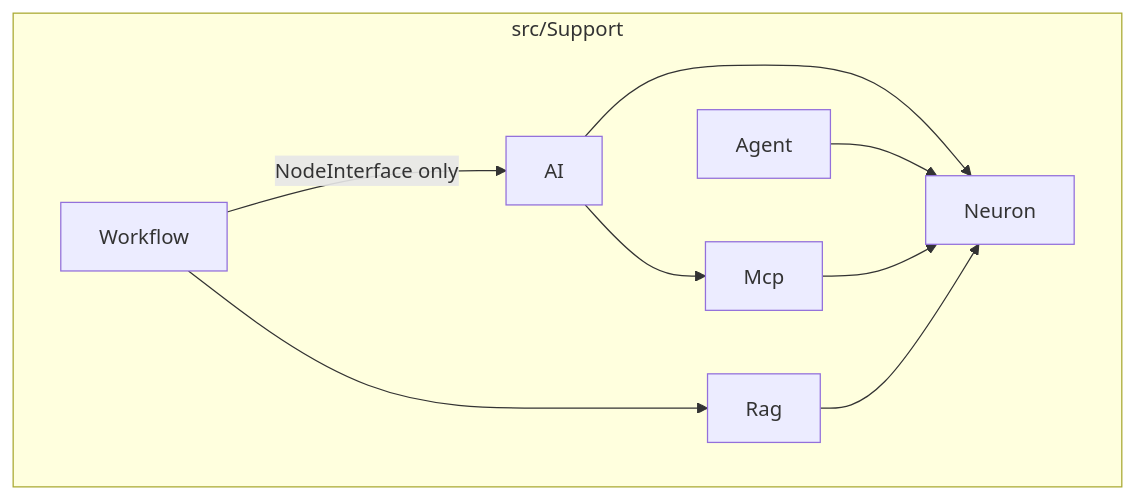
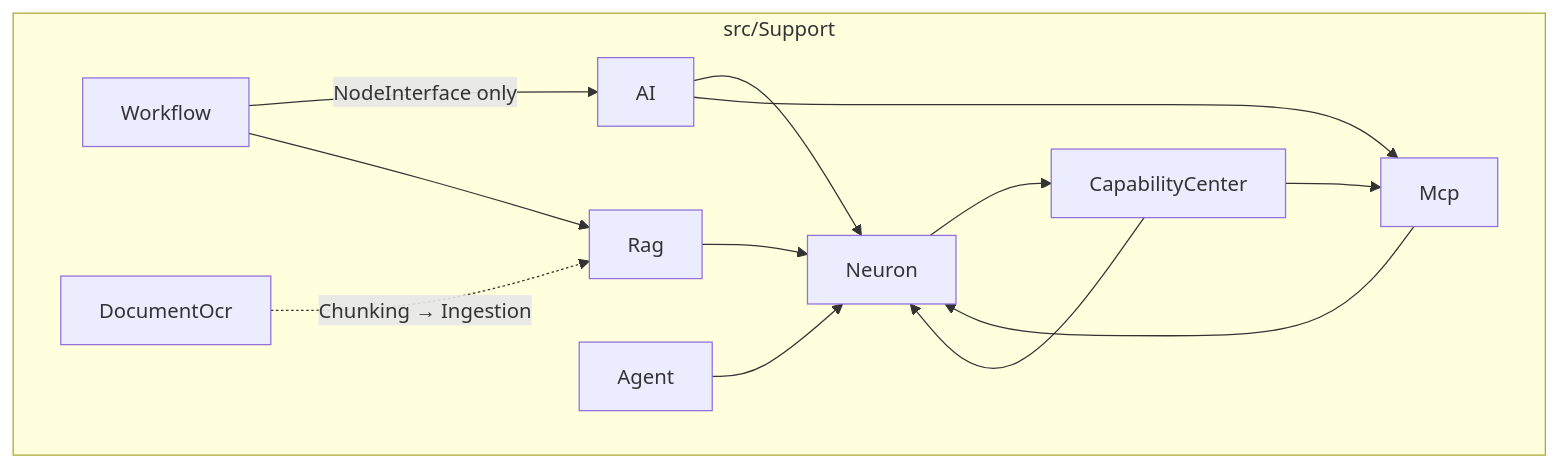
The second of 2 diagrams in docs/swoolefyAI.md (bingcool/swoolefy), drawn with Mermaid before and after one commit. The commit also changed other lines of this file and 46 other files, not shown here.

````diff
--- a/docs/swoolefyAI.md
+++ b/docs/swoolefyAI.md
@@ -221,19 +195,25 @@
 ```mermaid
 flowchart TB
     subgraph support [src/Support]
         Workflow[Workflow]
         AI[AI]
         Rag[Rag]
         Agent[Agent]
         Mcp[Mcp]
+        Cap[CapabilityCenter]
+        Ocr[DocumentOcr]
         Neuron[Neuron]
     end
 
     Workflow -->|"NodeInterface only"| AI
     Workflow --> Rag
     AI --> Neuron
     Rag --> Neuron
     Agent --> Neuron
     Mcp --> Neuron
+    Cap --> Mcp
+    Cap --> Neuron
     AI --> Mcp
+    Ocr -.->|"Chunking → Ingestion"| Rag
+    Neuron --> Cap
 ```
````
